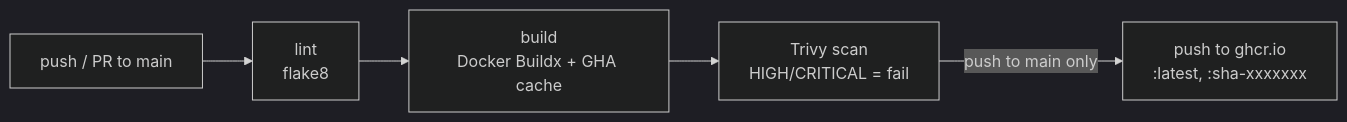
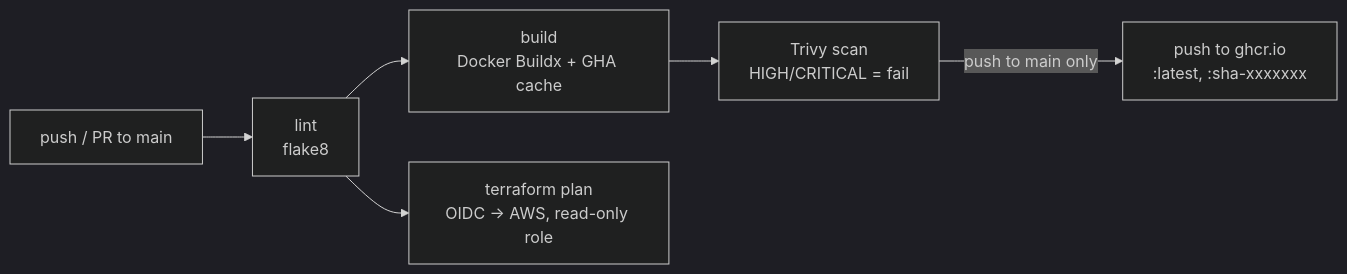
One commit to madimuk/devops-todo-app changed the second of 2 diagrams in README.md. Above: the diagram before and after it, drawn with Mermaid (dark theme). The commit also changed other lines of this file and 1 other file, not shown here.

Commit message:
docs: keyless AWS access via GitHub OIDC

````diff
--- a/README.md
+++ b/README.md
@@ -51,7 +52,8 @@
 ```mermaid
 flowchart LR
     push[push / PR to main] --> lint[lint<br/>flake8]
     lint --> build[build<br/>Docker Buildx + GHA cache]
     build --> scan[Trivy scan<br/>HIGH/CRITICAL = fail]
     scan -->|push to main only| publish[push to ghcr.io<br/>:latest, :sha-xxxxxxx]
+    lint --> plan[terraform plan<br/>OIDC → AWS, read-only role]
 ```
````
